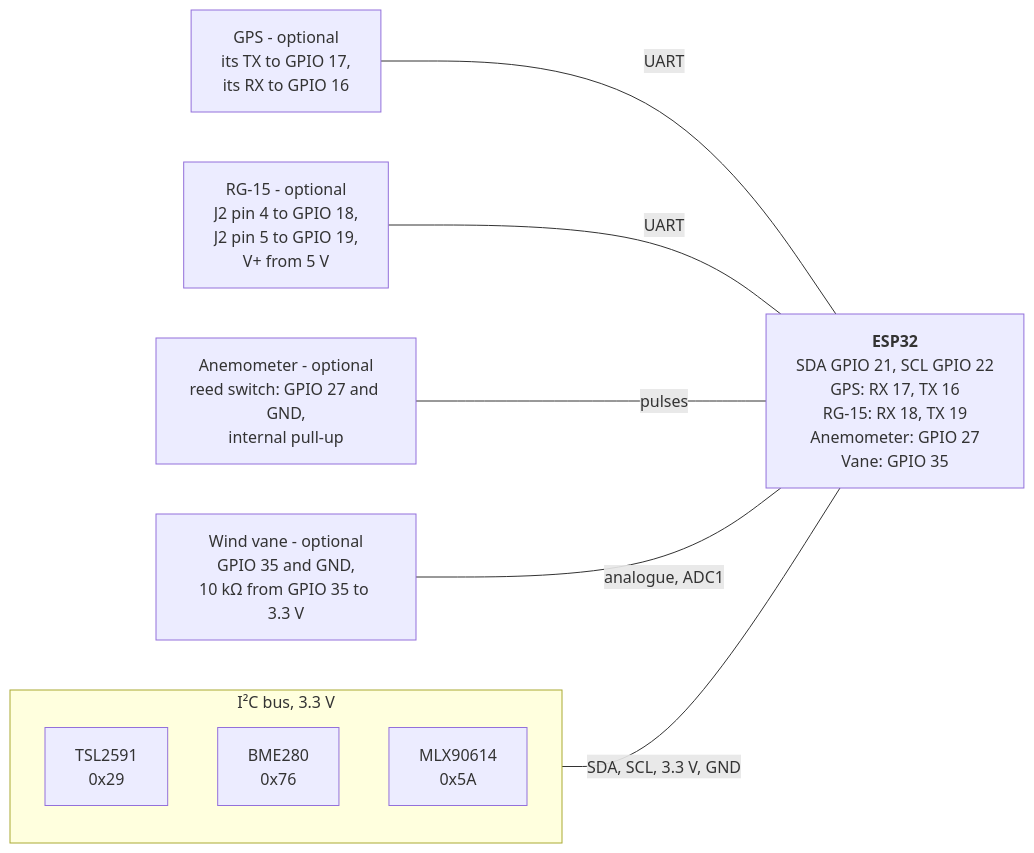
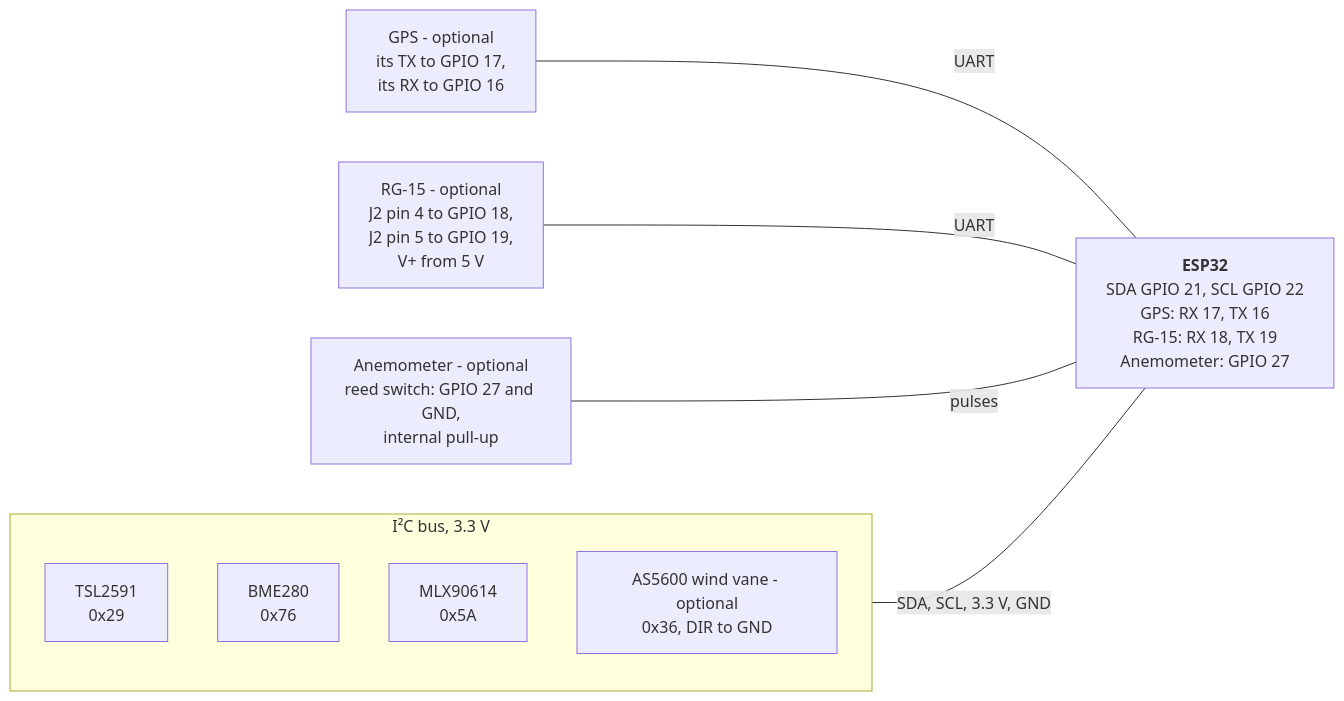
Before and after one commit to DeanJ87/SQMeter: the diagram in docs/getting-started/hardware.md, drawn with Mermaid. The commit also changed other lines of this file and 72 other files, not shown here.

First line of the commit message:
feat(wind): AS5600 wind vane on I2C (#181)

````diff
--- a/docs/getting-started/hardware.md
+++ b/docs/getting-started/hardware.md
@@ -16,21 +16,20 @@
 ```mermaid
 flowchart LR
     accTitle: Wiring overview with default pins
-    accDescr: The TSL2591, BME280 and MLX90614 share the I2C bus on GPIO 21 and 22 and 3.3 V. The optional GPS uses GPIO 17 and 16, the RG-15 GPIO 18 and 19, the anemometer GPIO 27 and the wind vane GPIO 35 with a 10 kilohm pull-up. All pins can be changed in Settings.
+    accDescr: The TSL2591, BME280 and MLX90614 share the I2C bus on GPIO 21 and 22 and 3.3 V. The optional GPS uses GPIO 17 and 16, the RG-15 GPIO 18 and 19 and the anemometer GPIO 27. The optional AS5600 wind vane joins the I2C bus at 0x36. All pins can be changed in Settings.
     subgraph i2c["I²C bus, 3.3 V"]
         direction TB
         TSL["TSL2591<br/>0x29"]
         BME["BME280<br/>0x76"]
         MLX["MLX90614<br/>0x5A"]
+        VANE["AS5600 wind vane - optional<br/>0x36, DIR to GND"]
     end
-    ESP["<b>ESP32</b><br/>SDA GPIO 21, SCL GPIO 22<br/>GPS: RX 17, TX 16<br/>RG-15: RX 18, TX 19<br/>Anemometer: GPIO 27<br/>Vane: GPIO 35"]
+    ESP["<b>ESP32</b><br/>SDA GPIO 21, SCL GPIO 22<br/>GPS: RX 17, TX 16<br/>RG-15: RX 18, TX 19<br/>Anemometer: GPIO 27"]
     GPS["GPS - optional<br/>its TX to GPIO 17,<br/>its RX to GPIO 16"]
     RG15["RG-15 - optional<br/>J2 pin 4 to GPIO 18,<br/>J2 pin 5 to GPIO 19,<br/>V+ from 5 V"]
     ANEMO["Anemometer - optional<br/>reed switch: GPIO 27 and GND,<br/>internal pull-up"]
-    VANE["Wind vane - optional<br/>GPIO 35 and GND,<br/>10 kΩ from GPIO 35 to 3.3 V"]
     i2c ---|SDA, SCL, 3.3 V, GND| ESP
     GPS ---|UART| ESP
     RG15 ---|UART| ESP
     ANEMO ---|pulses| ESP
-    VANE ---|analogue, ADC1| ESP
 ```
````
